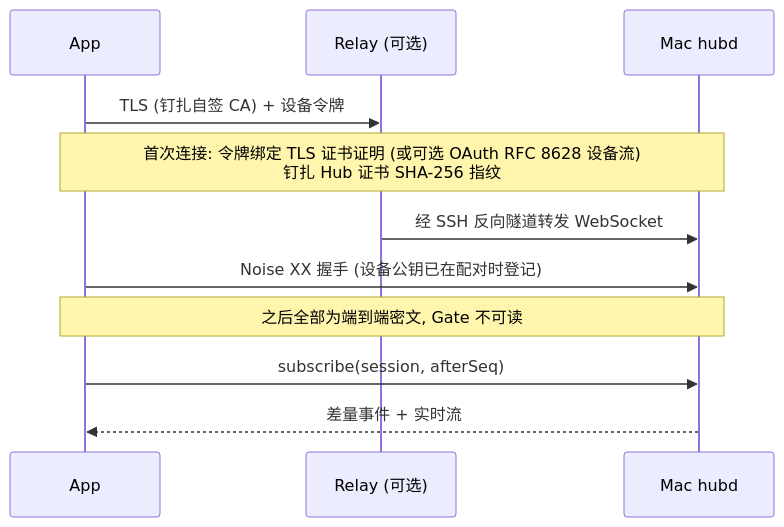
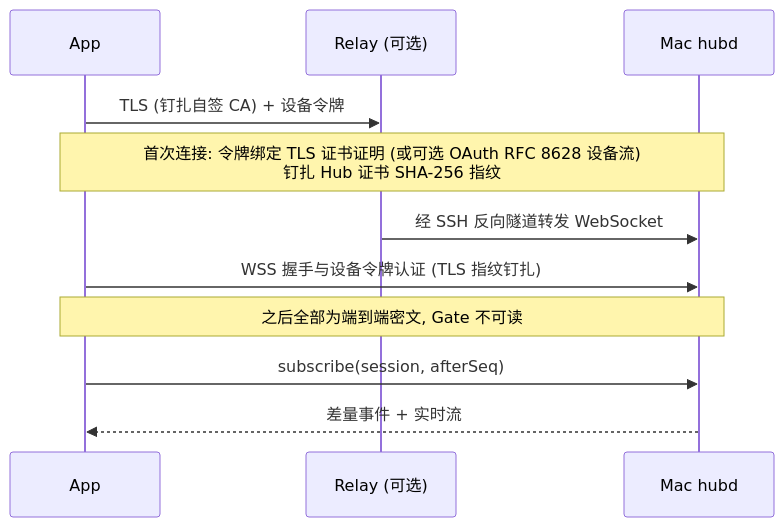
Before and after one commit to letrahoo/lework: the fifth of 6 diagrams in docs/PLAN.md, drawn with Mermaid. The commit also changed other lines of this file and 52 other files, not shown here.

````diff
--- a/docs/PLAN.md
+++ b/docs/PLAN.md
@@ -324,13 +317,13 @@
 ```mermaid
 sequenceDiagram
     participant App
     participant Gate as Relay (可选)
     participant Hub as Mac hubd
     App->>Gate: TLS (钉扎自签 CA) + 设备令牌
     Note over App,Hub: 首次连接: 令牌绑定 TLS 证书证明 (或可选 OAuth RFC 8628 设备流)<br/>钉扎 Hub 证书 SHA-256 指纹
     Gate->>Hub: 经 SSH 反向隧道转发 WebSocket
-    App->>Hub: Noise XX 握手 (设备公钥已在配对时登记)
+    App->>Hub: WSS 握手与设备令牌认证 (TLS 指纹钉扎)
     Note over App,Hub: 之后全部为端到端密文, Gate 不可读
     App->>Hub: subscribe(session, afterSeq)
     Hub-->>App: 差量事件 + 实时流
 ```
````
